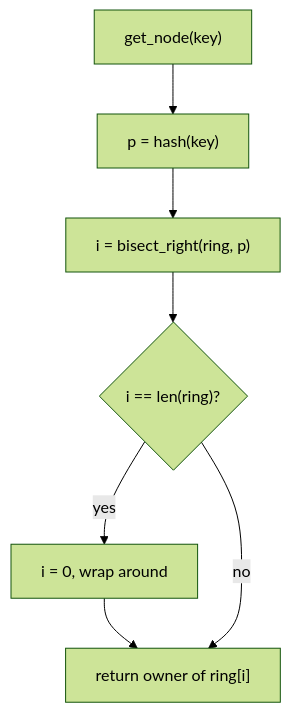
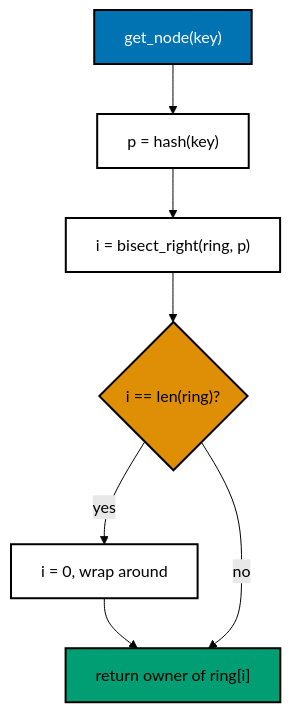
The first of 2 diagrams in drill/system-design-algos/in-python/algo_06_consistent_hashing.md (wahidyankf/grind-in-public), drawn with Mermaid (forest theme) before and after one commit. The commit also changed other lines of this file and 22 other files, not shown here.

First line of the commit message:
docs: use accessible palette in mermaid diagrams

````diff
--- a/drill/system-design-algos/in-python/algo_06_consistent_hashing.md
+++ b/drill/system-design-algos/in-python/algo_06_consistent_hashing.md
@@ -37,14 +37,21 @@
 ```mermaid
 flowchart TD
   accTitle: Consistent hashing get_node
   accDescr {
     Shows how get_node hashes the key, finds the first ring position above it,
     and wraps to the start when there is none.
   }
   A["get_node(key)"] --> B["p = hash(key)"]
   B --> C["i = bisect_right(ring, p)"]
   C --> D{"i == len(ring)?"}
   D -->|yes| E["i = 0, wrap around"]
   E --> F["return owner of ring[i]"]
   D -->|no| F
+  classDef default fill:#FFFFFF,stroke:#000000,color:#000000,stroke-width:2px
+  classDef blue fill:#0173B2,stroke:#000000,color:#FFFFFF,stroke-width:2px
+  classDef orange fill:#DE8F05,stroke:#000000,color:#000000,stroke-width:2px
+  classDef teal fill:#029E73,stroke:#000000,color:#000000,stroke-width:2px
+  class D orange
+  class A blue
+  class F teal
 ```
````
